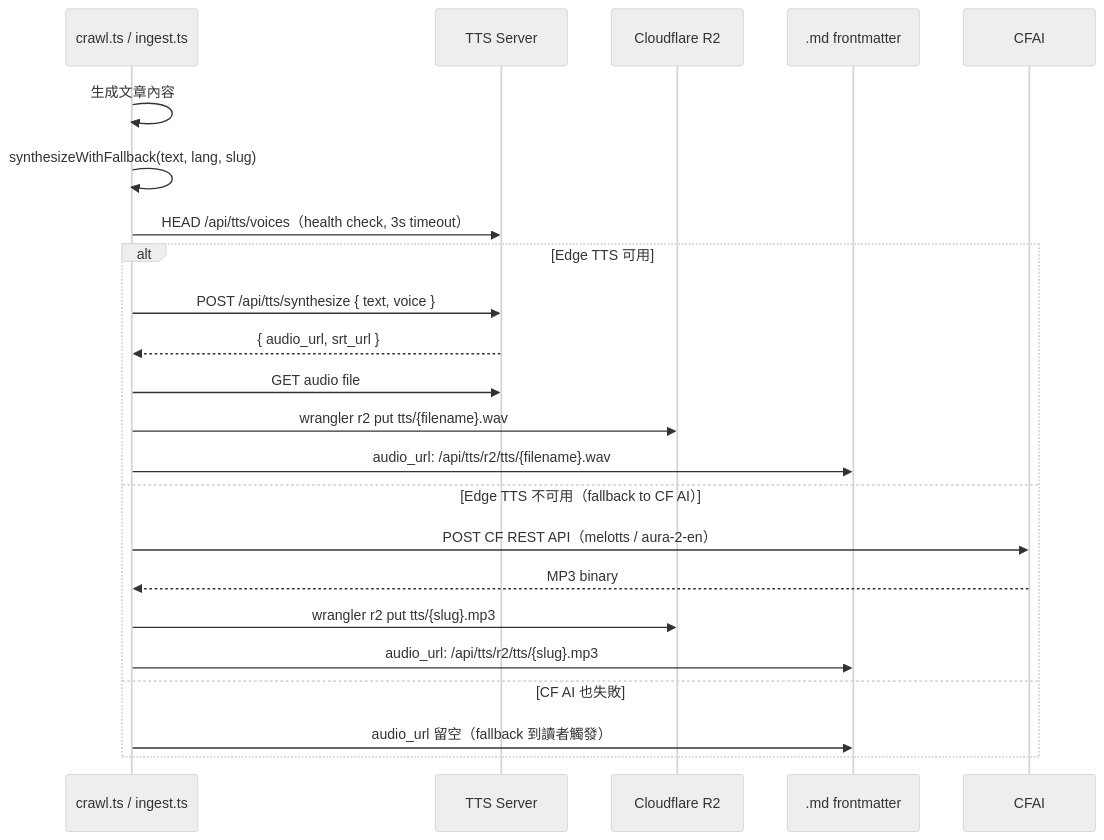
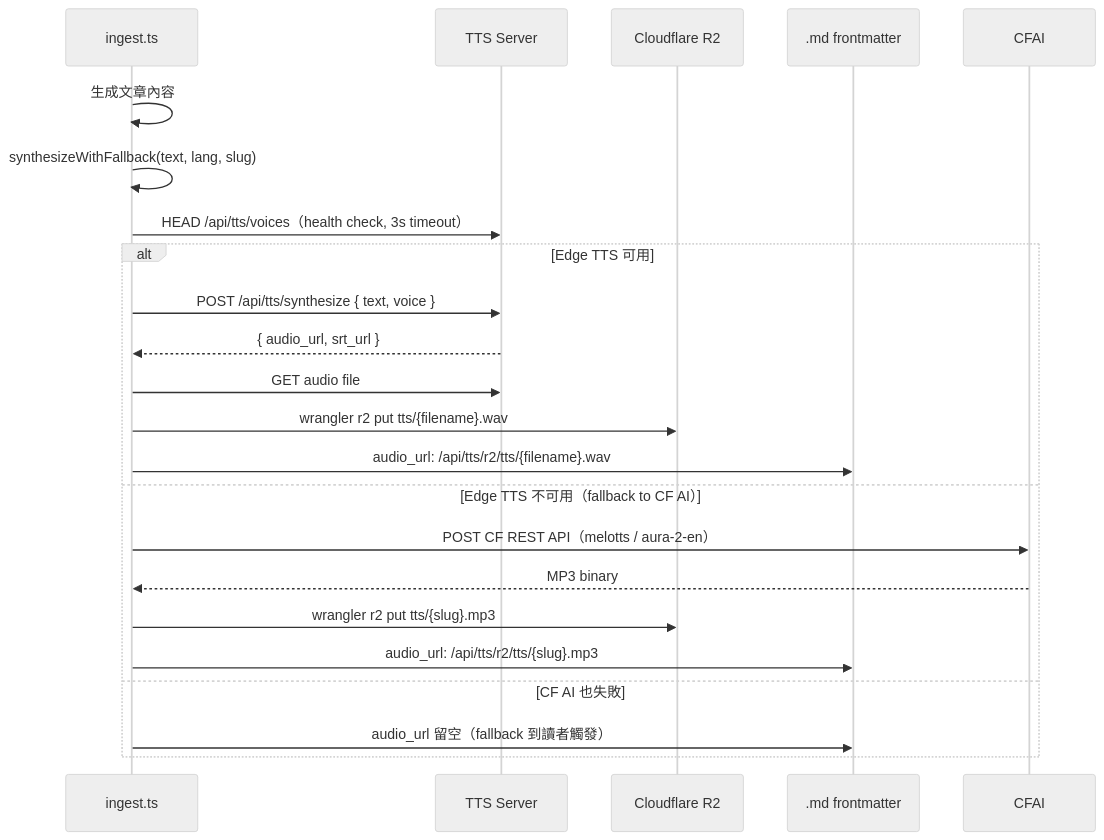
Before and after one commit to a920604a/engineernews: the first of 4 diagrams in docs/pipelines/tts.md, drawn with Mermaid (neutral theme). The commit also changed other lines of this file and 19 other files, not shown here.

````diff
--- a/docs/pipelines/tts.md
+++ b/docs/pipelines/tts.md
@@ -40,25 +40,25 @@
 ```mermaid
 sequenceDiagram
-  participant Script as crawl.ts / ingest.ts
+  participant Script as ingest.ts
   participant TTS as TTS Server
   participant R2 as Cloudflare R2
   participant MD as .md frontmatter
 
   Script->>Script: 生成文章內容
   Script->>Script: synthesizeWithFallback(text, lang, slug)
   Script->>TTS: HEAD /api/tts/voices（health check, 3s timeout）
   alt Edge TTS 可用
     Script->>TTS: POST /api/tts/synthesize { text, voice }
     TTS-->>Script: { audio_url, srt_url }
     Script->>TTS: GET audio file
     Script->>R2: wrangler r2 put tts/{filename}.wav
     Script->>MD: audio_url: /api/tts/r2/tts/{filename}.wav
   else Edge TTS 不可用（fallback to CF AI）
     Script->>CFAI: POST CF REST API（melotts / aura-2-en）
     CFAI-->>Script: MP3 binary
     Script->>R2: wrangler r2 put tts/{slug}.mp3
     Script->>MD: audio_url: /api/tts/r2/tts/{slug}.mp3
   else CF AI 也失敗
     Script->>MD: audio_url 留空（fallback 到讀者觸發）
   end
 ```
````
